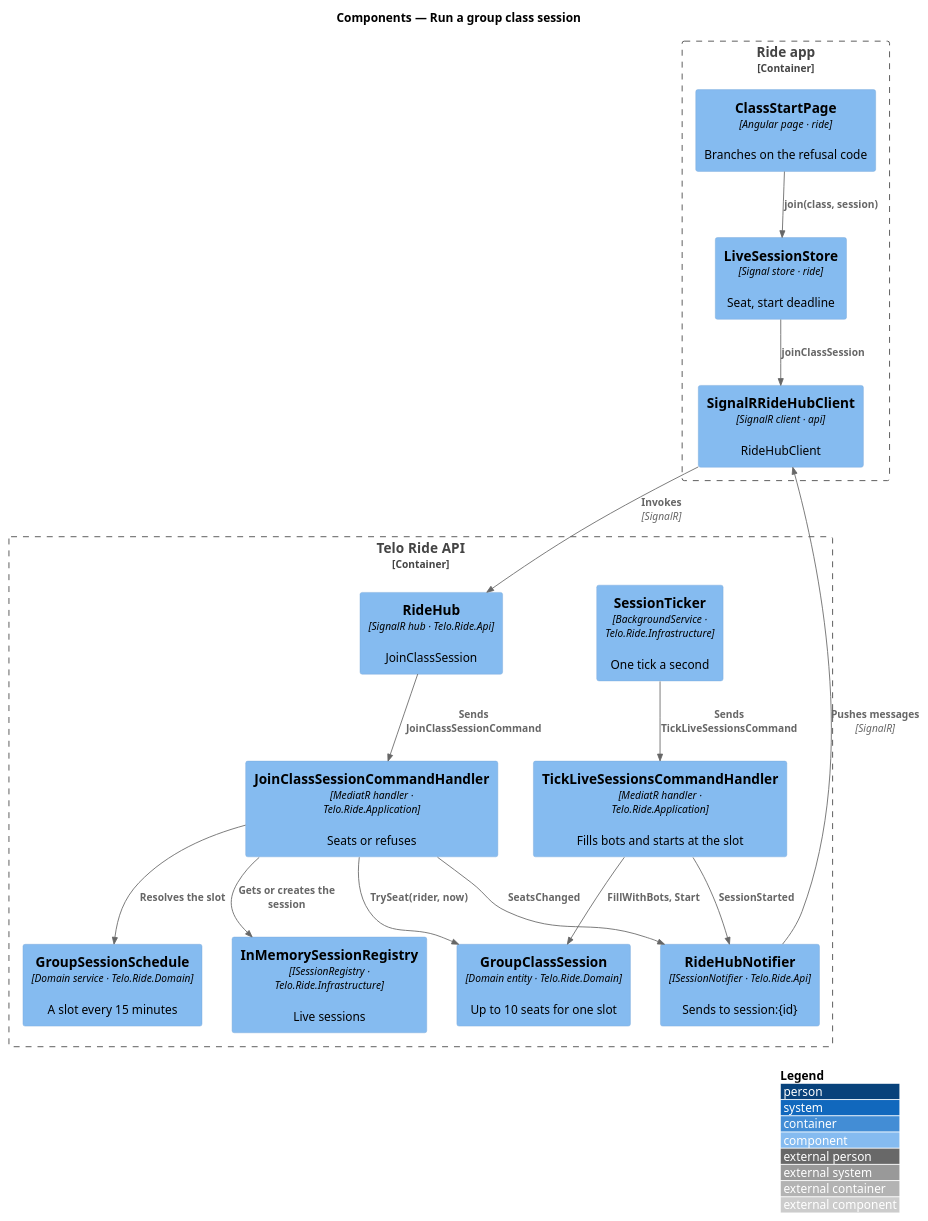
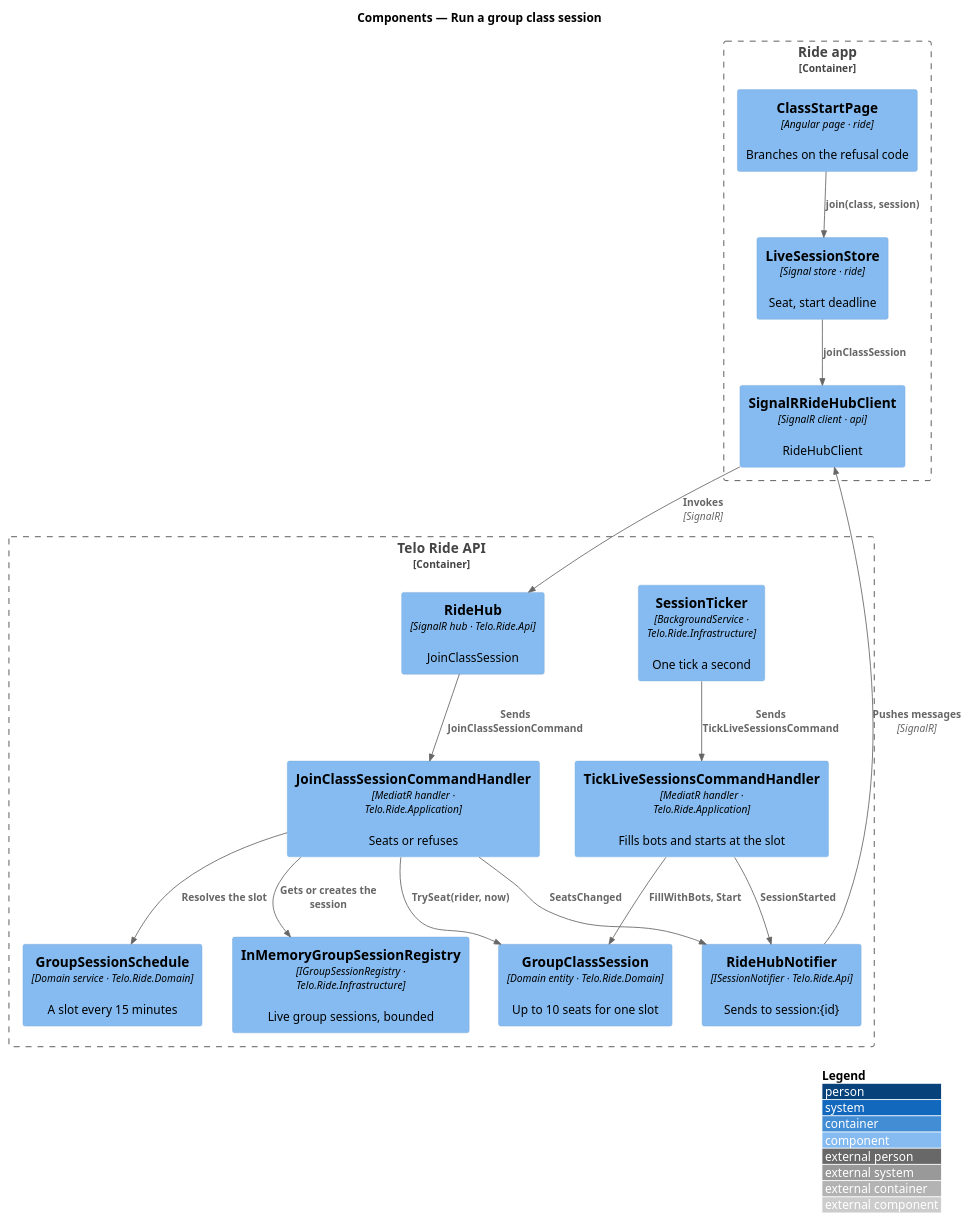
One commit to QuinntyneBrown/wattzup changed the diagram in docs/detailed-designs/multiplayer/run-a-group-class-session/diagrams/c4-component.puml. Above: the diagram before and after it, drawn with PlantUML. The commit also changed 21 other files, not shown here.

First line of the commit message:
Join the group session as the class ride connects (slice 14.3)

```diff
--- a/docs/detailed-designs/multiplayer/run-a-group-class-session/diagrams/c4-component.puml
+++ b/docs/detailed-designs/multiplayer/run-a-group-class-session/diagrams/c4-component.puml
@@ -1,33 +1,33 @@
 @startuml
 !include <C4/C4_Component>
 LAYOUT_WITH_LEGEND()
 title Components — Run a group class session
 
 Container_Boundary(app, "Ride app") {
   Component(page, "ClassStartPage", "Angular page · ride", "Branches on the refusal code")
   Component(store, "LiveSessionStore", "Signal store · ride", "Seat, start deadline")
   Component(hubc, "SignalRRideHubClient", "SignalR client · api", "RideHubClient")
 }
 Container_Boundary(api, "Telo Ride API") {
   Component(hub, "RideHub", "SignalR hub · Telo.Ride.Api", "JoinClassSession")
   Component(join, "JoinClassSessionCommandHandler", "MediatR handler · Telo.Ride.Application", "Seats or refuses")
   Component(schedule, "GroupSessionSchedule", "Domain service · Telo.Ride.Domain", "A slot every 15 minutes")
   Component(session, "GroupClassSession", "Domain entity · Telo.Ride.Domain", "Up to 10 seats for one slot")
   Component(tick, "TickLiveSessionsCommandHandler", "MediatR handler · Telo.Ride.Application", "Fills bots and starts at the slot")
   Component(ticker, "SessionTicker", "BackgroundService · Telo.Ride.Infrastructure", "One tick a second")
-  Component(registry, "InMemorySessionRegistry", "ISessionRegistry · Telo.Ride.Infrastructure", "Live sessions")
+  Component(registry, "InMemoryGroupSessionRegistry", "IGroupSessionRegistry · Telo.Ride.Infrastructure", "Live group sessions, bounded")
   Component(notifier, "RideHubNotifier", "ISessionNotifier · Telo.Ride.Api", "Sends to session:{id}")
 }
 Rel(page, store, "join(class, session)")
 Rel(store, hubc, "joinClassSession")
 Rel(hubc, hub, "Invokes", "SignalR")
 Rel(hub, join, "Sends JoinClassSessionCommand")
 Rel(join, schedule, "Resolves the slot")
 Rel(join, registry, "Gets or creates the session")
 Rel(join, session, "TrySeat(rider, now)")
 Rel(ticker, tick, "Sends TickLiveSessionsCommand")
 Rel(tick, session, "FillWithBots, Start")
 Rel(join, notifier, "SeatsChanged")
 Rel(tick, notifier, "SessionStarted")
 Rel(notifier, hubc, "Pushes messages", "SignalR")
 @enduml
```
